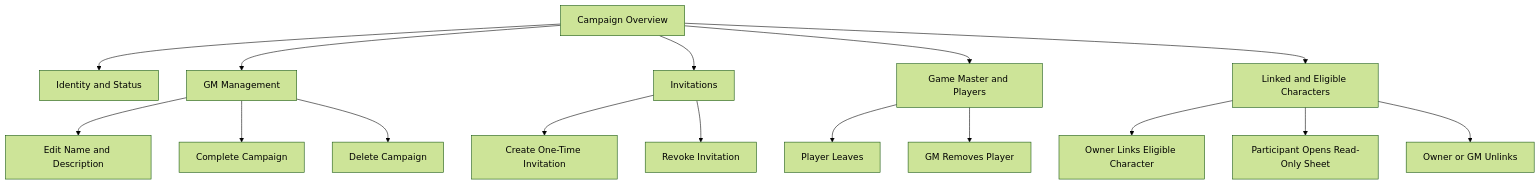
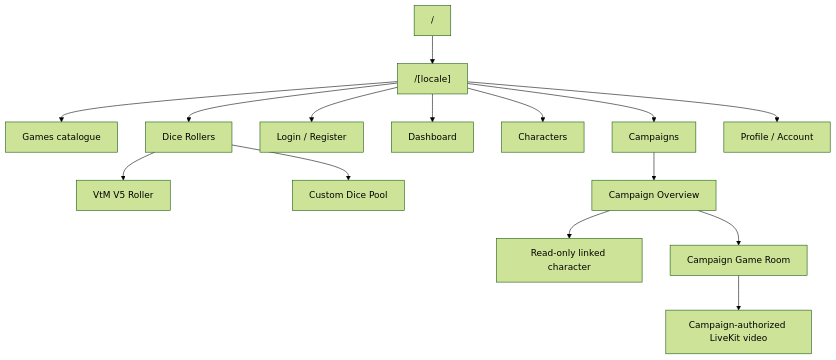
The first of 2 diagrams in docs/product/SITE_MAP.md (Andrey-0101/ttrpg-website), drawn with Mermaid (forest theme) before and after one commit. The commit also changed other lines of this file and 21 other files, not shown here.

Commit message:
docs: align roadmap with core play phases (#38)

````diff
--- a/docs/product/SITE_MAP.md
+++ b/docs/product/SITE_MAP.md
@@ -56,24 +9,17 @@
 ```mermaid
 flowchart TD
-    CAMPAIGN["Campaign Overview"]
-
-    CAMPAIGN --> IDENTITY["Identity and Status"]
-    CAMPAIGN --> MANAGEMENT["GM Management"]
-    CAMPAIGN --> INVITATIONS["Invitations"]
-    CAMPAIGN --> MEMBERS["Game Master and Players"]
-    CAMPAIGN --> CHARACTERS["Linked and Eligible Characters"]
-
-    MANAGEMENT --> EDIT["Edit Name and Description"]
-    MANAGEMENT --> COMPLETE["Complete Campaign"]
-    MANAGEMENT --> DELETE["Delete Campaign"]
-
-    INVITATIONS --> CREATE_INVITE["Create One-Time Invitation"]
-    INVITATIONS --> REVOKE_INVITE["Revoke Invitation"]
-
-    MEMBERS --> LEAVE["Player Leaves"]
-    MEMBERS --> REMOVE["GM Removes Player"]
-
-    CHARACTERS --> LINK["Owner Links Eligible Character"]
-    CHARACTERS --> OPEN["Participant Opens Read-Only Sheet"]
-    CHARACTERS --> UNLINK["Owner or GM Unlinks"]
+    ROOT["/"] --> LOCALE["/[locale]"]
+    LOCALE --> GAMES["Games catalogue"]
+    LOCALE --> DICE["Dice Rollers"]
+    LOCALE --> AUTH["Login / Register"]
+    LOCALE --> DASHBOARD["Dashboard"]
+    LOCALE --> CHARACTERS["Characters"]
+    LOCALE --> CAMPAIGNS["Campaigns"]
+    LOCALE --> PROFILE["Profile / Account"]
+    DICE --> VTM_DICE["VtM V5 Roller"]
+    DICE --> CUSTOM_DICE["Custom Dice Pool"]
+    CAMPAIGNS --> CAMPAIGN["Campaign Overview"]
+    CAMPAIGN --> SHARED_CHARACTER["Read-only linked character"]
+    CAMPAIGN --> GAME_ROOM["Campaign Game Room"]
+    GAME_ROOM --> VIDEO["Campaign-authorized LiveKit video"]
 ```
````
